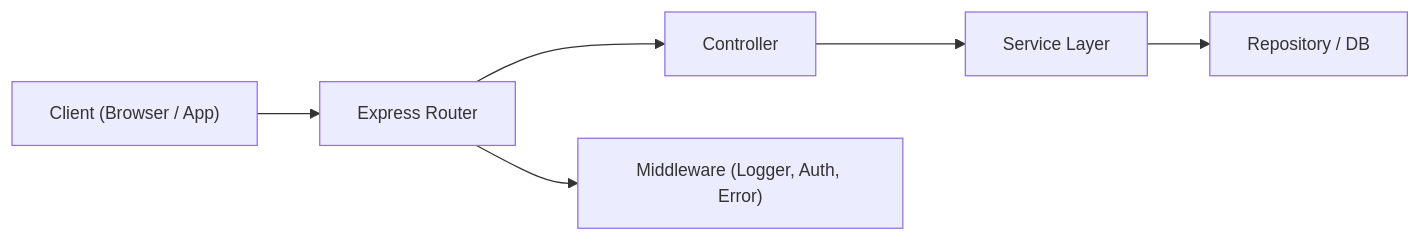
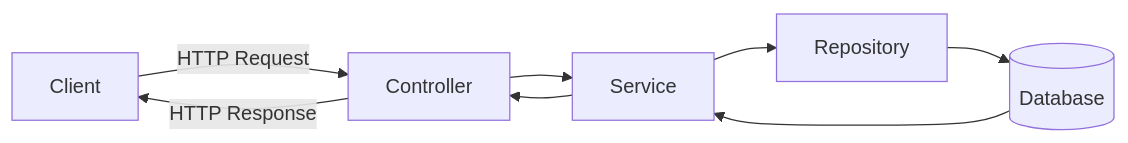
The diagram in src/_posts/back/core/1.api-1-design.md (justin-jig/justin-book), drawn with Mermaid before and after one commit. The commit also changed other lines of this file and 160 other files, not shown here.

````diff
--- a/src/_posts/back/core/1.api-1-design.md
+++ b/src/_posts/back/core/1.api-1-design.md
@@ -204,10 +45,8 @@
 ```mermaid
-%%{init: {"theme": "default", "themeVariables": {"fontSize": "14px"}}}%%
 flowchart LR
-    A["Client (Browser / App)"]
-    A --> B["Express Router"]
-    B --> C["Controller"]
-    C --> D["Service Layer"]
-    D --> E["Repository / DB"]
-    B --> F["Middleware (Logger, Auth, Error)"]
+  A[Client] -->|HTTP Request| B[Controller]
+  B --> C[Service]
+  C --> D[Repository]
+  D --> E[(Database)]
+  E --> C --> B -->|HTTP Response| A
 ```
````
